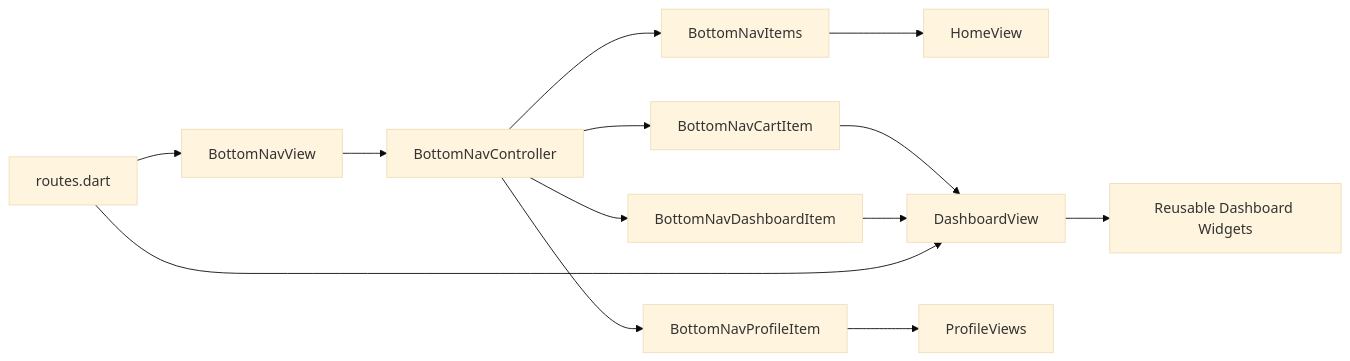
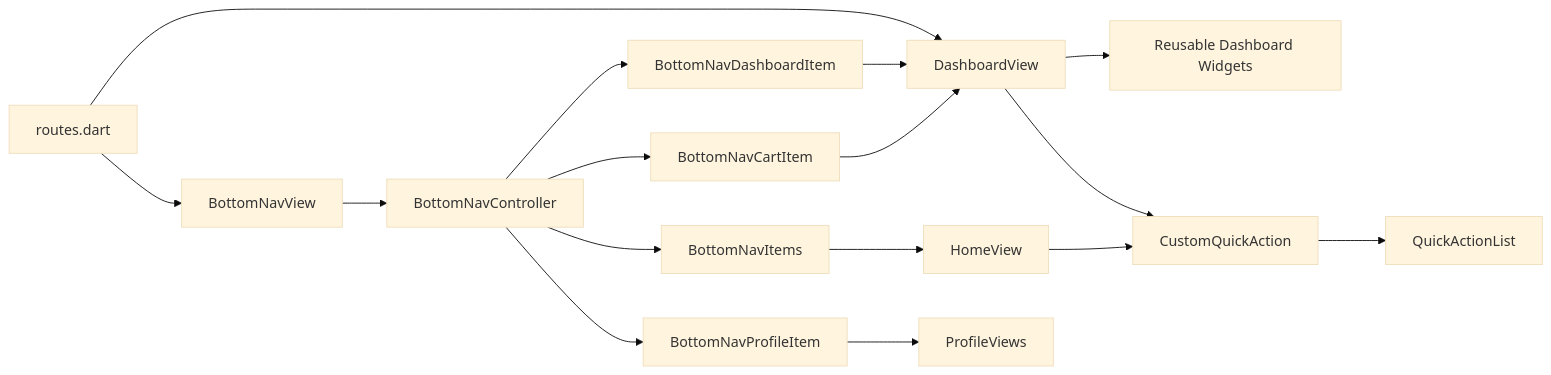
Before and after one commit to Ariful3111/FurniGo: the tenth of 10 diagrams in .qoder/repowiki/en/content/Core Features/Dashboard and Navigation.md, drawn with Mermaid (base theme). The commit also changed other lines of this file and 67 other files, not shown here.

````diff
--- a/.qoder/repowiki/en/content/Core Features/Dashboard and Navigation.md
+++ b/.qoder/repowiki/en/content/Core Features/Dashboard and Navigation.md
@@ -478,15 +620,18 @@
 ```mermaid
 graph LR
 BNV["BottomNavView"] --> BNC["BottomNavController"]
 BNC --> ITEMS["BottomNavItems"]
 BNC --> CART["BottomNavCartItem"]
 BNC --> DASH["BottomNavDashboardItem"]
 BNC --> PROF["BottomNavProfileItem"]
 ITEMS --> HOME["HomeView"]
 CART --> DASHVIEW["DashboardView"]
 DASH --> DASHVIEW
 PROF --> PROFILE["ProfileViews"]
 DASHVIEW --> WIDGETS["Reusable Dashboard Widgets"]
+HOME --> CQA["CustomQuickAction"]
+DASHVIEW --> CQA
+CQA --> QAL["QuickActionList"]
 ROUTES["routes.dart"] --> BNV
 ROUTES --> DASHVIEW
 ```
````
